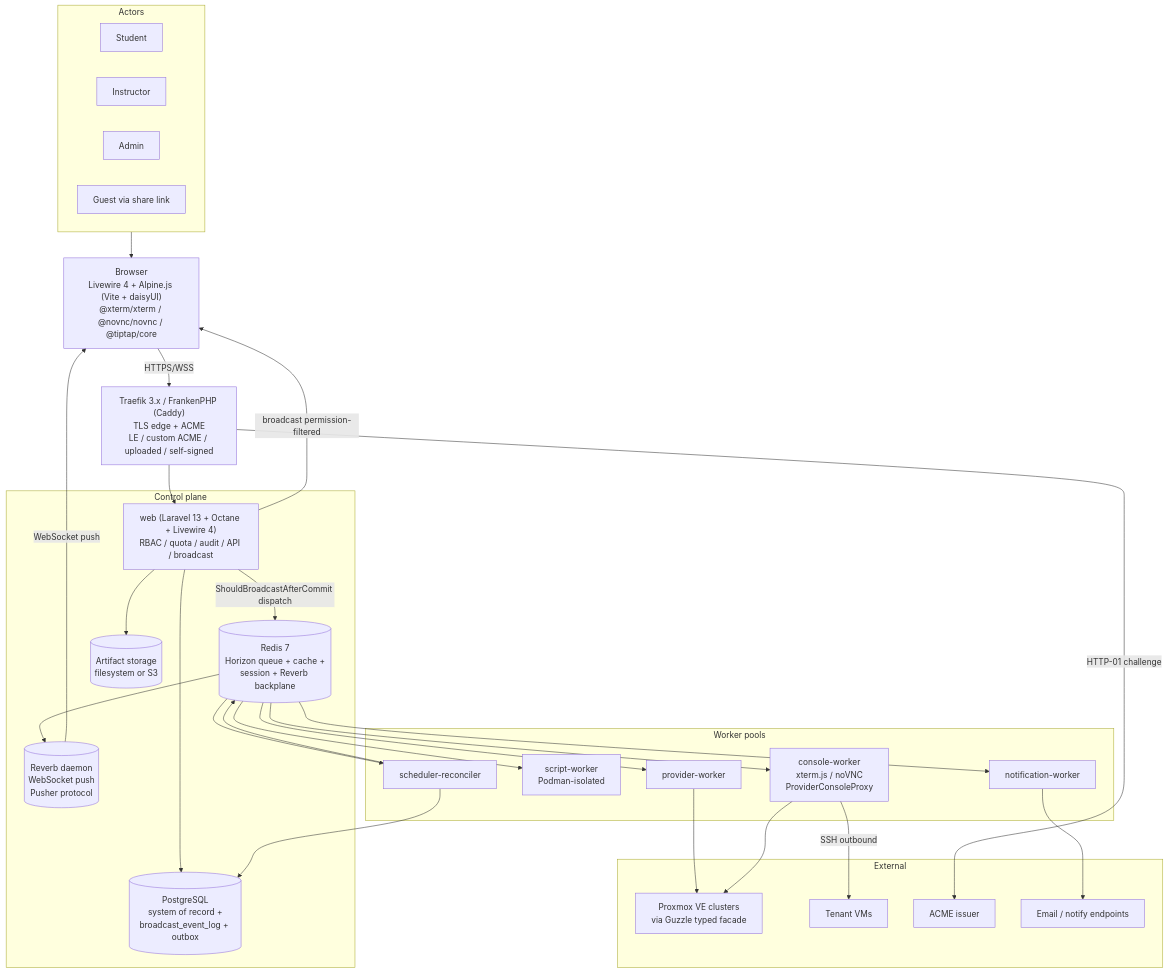
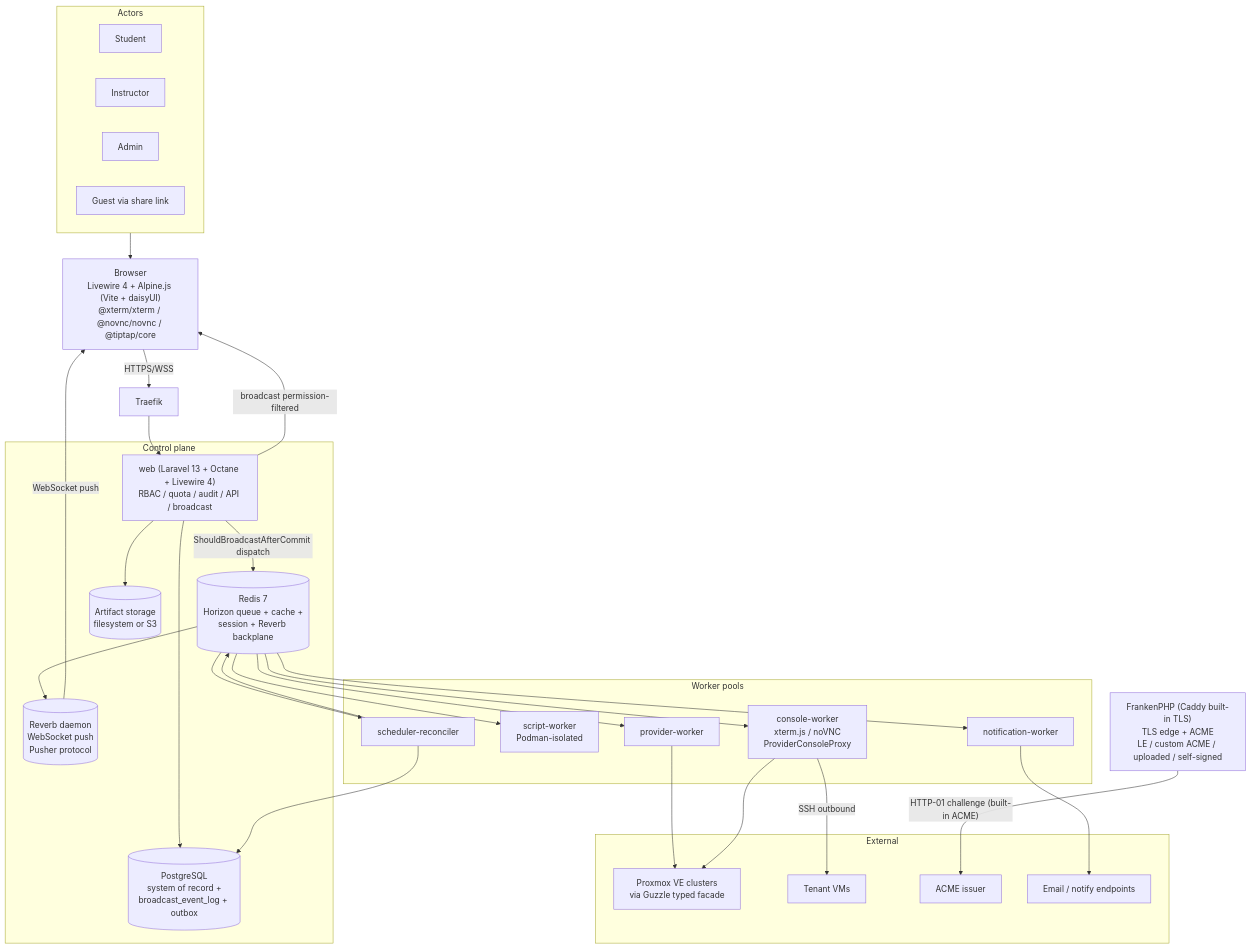
One commit to cyberbalsa/racklab changed the first of 8 diagrams in docs/architecture/diagrams.md. Above: the diagram before and after it, drawn with Mermaid. The commit also changed other lines of this file and 35 other files, not shown here.

````diff
--- a/docs/architecture/diagrams.md
+++ b/docs/architecture/diagrams.md
@@ -9,63 +9,63 @@
 ```mermaid
 graph TB
     subgraph Actors
         Student[Student]
         Instructor[Instructor]
         Admin[Admin]
         Guest[Guest via share link]
     end
 
     Browser["Browser<br/>Livewire 4 + Alpine.js (Vite + daisyUI)<br/>@xterm/xterm / @novnc/novnc / @tiptap/core"]
 
-    Traefik["Traefik 3.x / FrankenPHP (Caddy)<br/>TLS edge + ACME<br/>LE / custom ACME / uploaded / self-signed"]
+    Edge["FrankenPHP (Caddy built-in TLS)<br/>TLS edge + ACME<br/>LE / custom ACME / uploaded / self-signed"]
 
     subgraph Core [Control plane]
         Web["web (Laravel 13 + Octane + Livewire 4)<br/>RBAC / quota / audit / API / broadcast"]
         Postgres[(PostgreSQL<br/>system of record +<br/>broadcast_event_log + outbox)]
         Redis[(Redis 7<br/>Horizon queue + cache +<br/>session + Reverb backplane)]
         Reverb[(Reverb daemon<br/>WebSocket push<br/>Pusher protocol)]
         ArtStore[(Artifact storage<br/>filesystem or S3)]
     end
 
     subgraph Workers [Worker pools]
         ProvW[provider-worker]
         ScriptW["script-worker<br/>Podman-isolated"]
         ConsW["console-worker<br/>xterm.js / noVNC<br/>ProviderConsoleProxy"]
         SchedW[scheduler-reconciler]
         NotifW[notification-worker]
     end
 
     subgraph External
         Proxmox["Proxmox VE clusters<br/>via Guzzle typed facade"]
         VMs[Tenant VMs]
         ACME[ACME issuer]
         SMTP[Email / notify endpoints]
     end
 
     Actors --> Browser
     Browser -- HTTPS/WSS --> Traefik
     Traefik --> Web
     Web --> Postgres
     Web -- "ShouldBroadcastAfterCommit dispatch" --> Redis
     Web --> ArtStore
 
     Redis --> ProvW
     Redis --> ScriptW
     Redis --> ConsW
     Redis --> SchedW
     Redis --> NotifW
 
     Redis --> Reverb
     Reverb -- "WebSocket push" --> Browser
 
     ProvW --> Proxmox
     ConsW --> Proxmox
     ConsW -- "SSH outbound" --> VMs
     SchedW --> Postgres
     SchedW --> Redis
     NotifW --> SMTP
 
-    Traefik -- "HTTP-01 challenge" --> ACME
+    Edge -- "HTTP-01 challenge (built-in ACME)" --> ACME
 
     Web -- "broadcast permission-filtered" --> Browser
 ```
````
